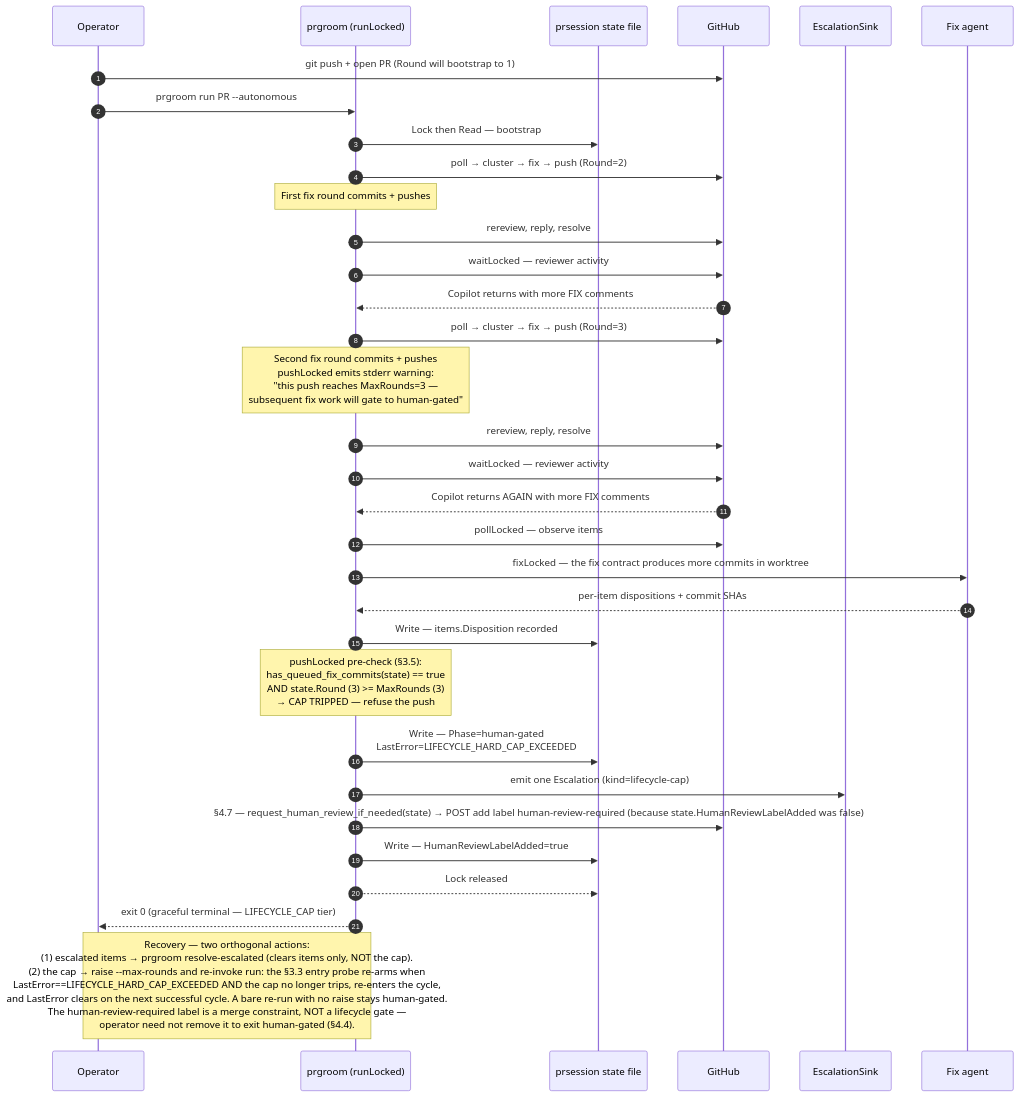
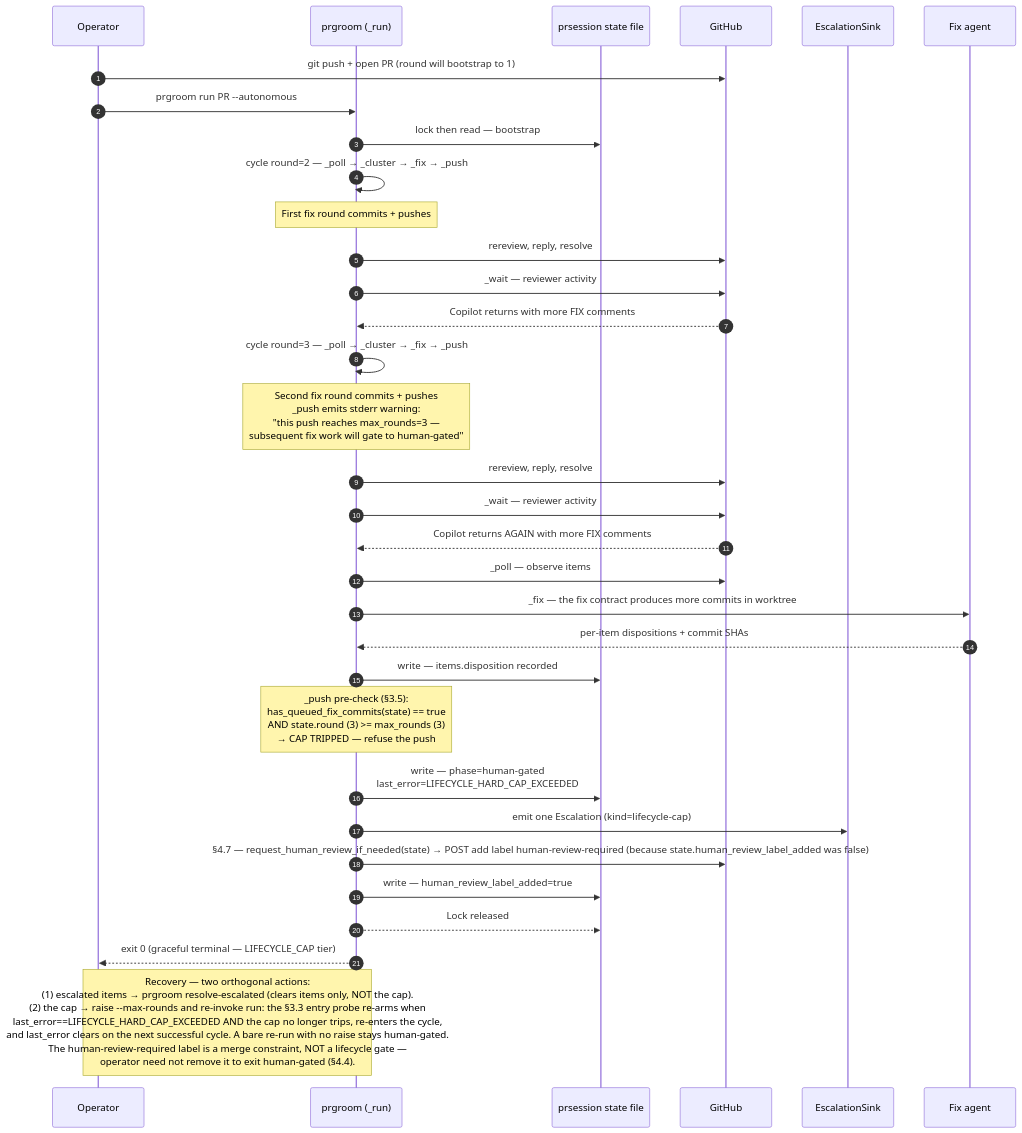
One commit to scotthamilton77/agents-config changed the third of 4 diagrams in docs/architecture/prgroom/sequences.md. Above: the diagram before and after it, drawn with Mermaid. The commit also changed other lines of this file and 9 other files, not shown here.

First line of the commit message:
docs(prgroom): convert architecture HLDs from Go to Python (fca6.14) (#132)

````diff
--- a/docs/architecture/prgroom/sequences.md
+++ b/docs/architecture/prgroom/sequences.md
@@ -163,42 +163,42 @@
 ```mermaid
 sequenceDiagram
     autonumber
     participant Op as Operator
-    participant PG as prgroom (runLocked)
+    participant PG as prgroom (_run)
     participant State as prsession state file
     participant GH as GitHub
     participant Sink as EscalationSink
     participant Fix as Fix agent
 
-    Op->>GH: git push + open PR (Round will bootstrap to 1)
+    Op->>GH: git push + open PR (round will bootstrap to 1)
     Op->>PG: prgroom run PR --autonomous
 
-    PG->>State: Lock then Read — bootstrap
-    PG->>GH: poll → cluster → fix → push (Round=2)
+    PG->>State: lock then read — bootstrap
+    PG->>PG: cycle round=2 — _poll → _cluster → _fix → _push
     Note over PG: First fix round commits + pushes
     PG->>GH: rereview, reply, resolve
-    PG->>GH: waitLocked — reviewer activity
+    PG->>GH: _wait — reviewer activity
 
     GH-->>PG: Copilot returns with more FIX comments
-    PG->>GH: poll → cluster → fix → push (Round=3)
-    Note over PG: Second fix round commits + pushes<br/>pushLocked emits stderr warning:<br/>"this push reaches MaxRounds=3 —<br/>subsequent fix work will gate to human-gated"
+    PG->>PG: cycle round=3 — _poll → _cluster → _fix → _push
+    Note over PG: Second fix round commits + pushes<br/>_push emits stderr warning:<br/>"this push reaches max_rounds=3 —<br/>subsequent fix work will gate to human-gated"
     PG->>GH: rereview, reply, resolve
-    PG->>GH: waitLocked — reviewer activity
+    PG->>GH: _wait — reviewer activity
 
     GH-->>PG: Copilot returns AGAIN with more FIX comments
-    PG->>GH: pollLocked — observe items
-    PG->>Fix: fixLocked — the fix contract produces more commits in worktree
+    PG->>GH: _poll — observe items
+    PG->>Fix: _fix — the fix contract produces more commits in worktree
     Fix-->>PG: per-item dispositions + commit SHAs
-    PG->>State: Write — items.Disposition recorded
+    PG->>State: write — items.disposition recorded
 
-    Note over PG: pushLocked pre-check (§3.5):<br/>has_queued_fix_commits(state) == true<br/>AND state.Round (3) >= MaxRounds (3)<br/>→ CAP TRIPPED — refuse the push
+    Note over PG: _push pre-check (§3.5):<br/>has_queued_fix_commits(state) == true<br/>AND state.round (3) >= max_rounds (3)<br/>→ CAP TRIPPED — refuse the push
 
-    PG->>State: Write — Phase=human-gated<br/>LastError=LIFECYCLE_HARD_CAP_EXCEEDED
+    PG->>State: write — phase=human-gated<br/>last_error=LIFECYCLE_HARD_CAP_EXCEEDED
     PG->>Sink: emit one Escalation (kind=lifecycle-cap)
-    PG->>GH: §4.7 — request_human_review_if_needed(state) → POST add label human-review-required (because state.HumanReviewLabelAdded was false)
-    PG->>State: Write — HumanReviewLabelAdded=true
+    PG->>GH: §4.7 — request_human_review_if_needed(state) → POST add label human-review-required (because state.human_review_label_added was false)
+    PG->>State: write — human_review_label_added=true
     PG-->>State: Lock released
     PG-->>Op: exit 0 (graceful terminal — LIFECYCLE_CAP tier)
 
-    Note over Op,PG: Recovery — two orthogonal actions:<br/>(1) escalated items → prgroom resolve-escalated (clears items only, NOT the cap).<br/>(2) the cap → raise --max-rounds and re-invoke run: the §3.3 entry probe re-arms when<br/>LastError==LIFECYCLE_HARD_CAP_EXCEEDED AND the cap no longer trips, re-enters the cycle,<br/>and LastError clears on the next successful cycle. A bare re-run with no raise stays human-gated.<br/>The human-review-required label is a merge constraint, NOT a lifecycle gate —<br/>operator need not remove it to exit human-gated (§4.4).
+    Note over Op,PG: Recovery — two orthogonal actions:<br/>(1) escalated items → prgroom resolve-escalated (clears items only, NOT the cap).<br/>(2) the cap → raise --max-rounds and re-invoke run: the §3.3 entry probe re-arms when<br/>last_error==LIFECYCLE_HARD_CAP_EXCEEDED AND the cap no longer trips, re-enters the cycle,<br/>and last_error clears on the next successful cycle. A bare re-run with no raise stays human-gated.<br/>The human-review-required label is a merge constraint, NOT a lifecycle gate —<br/>operator need not remove it to exit human-gated (§4.4).
 ```
````
